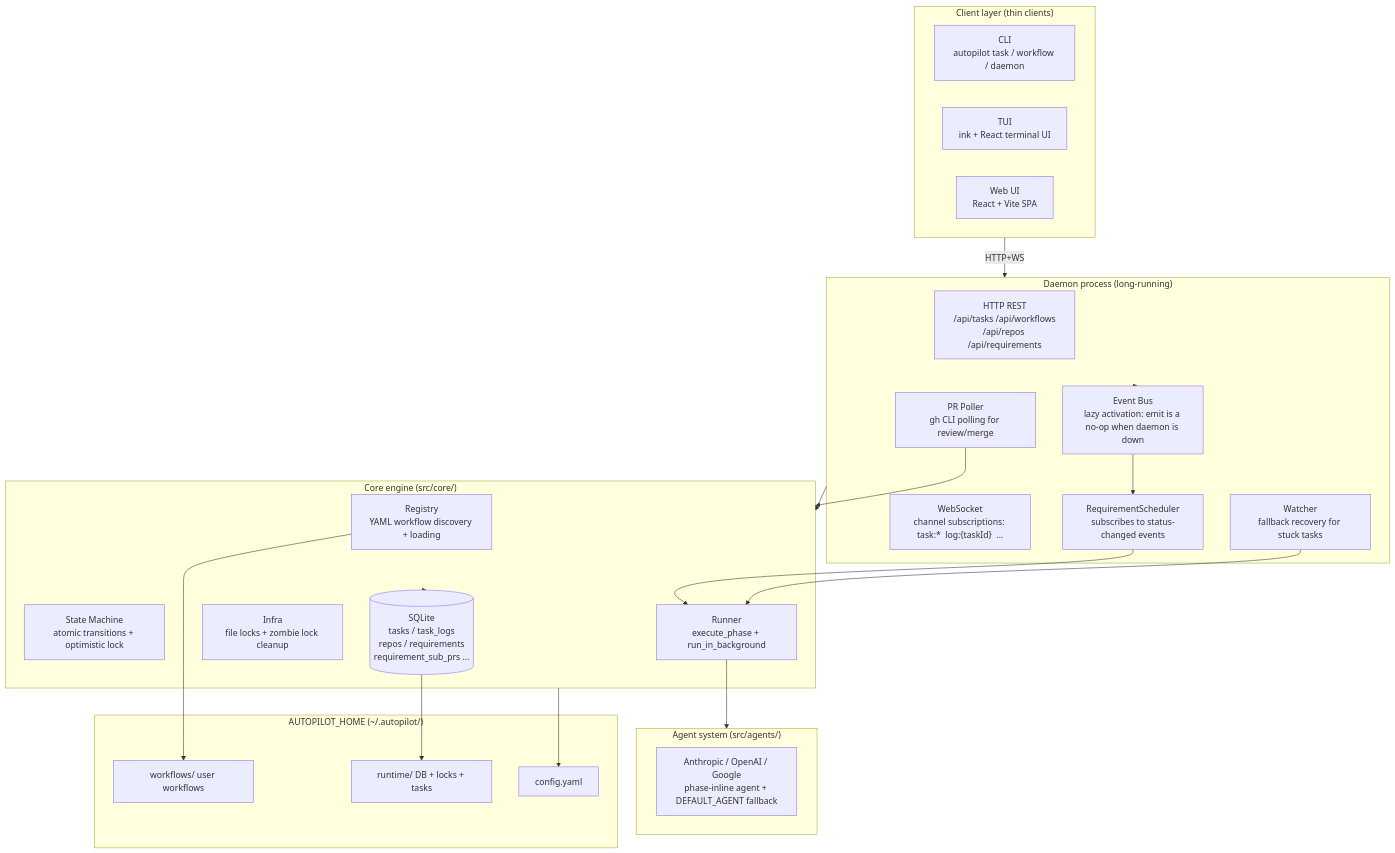
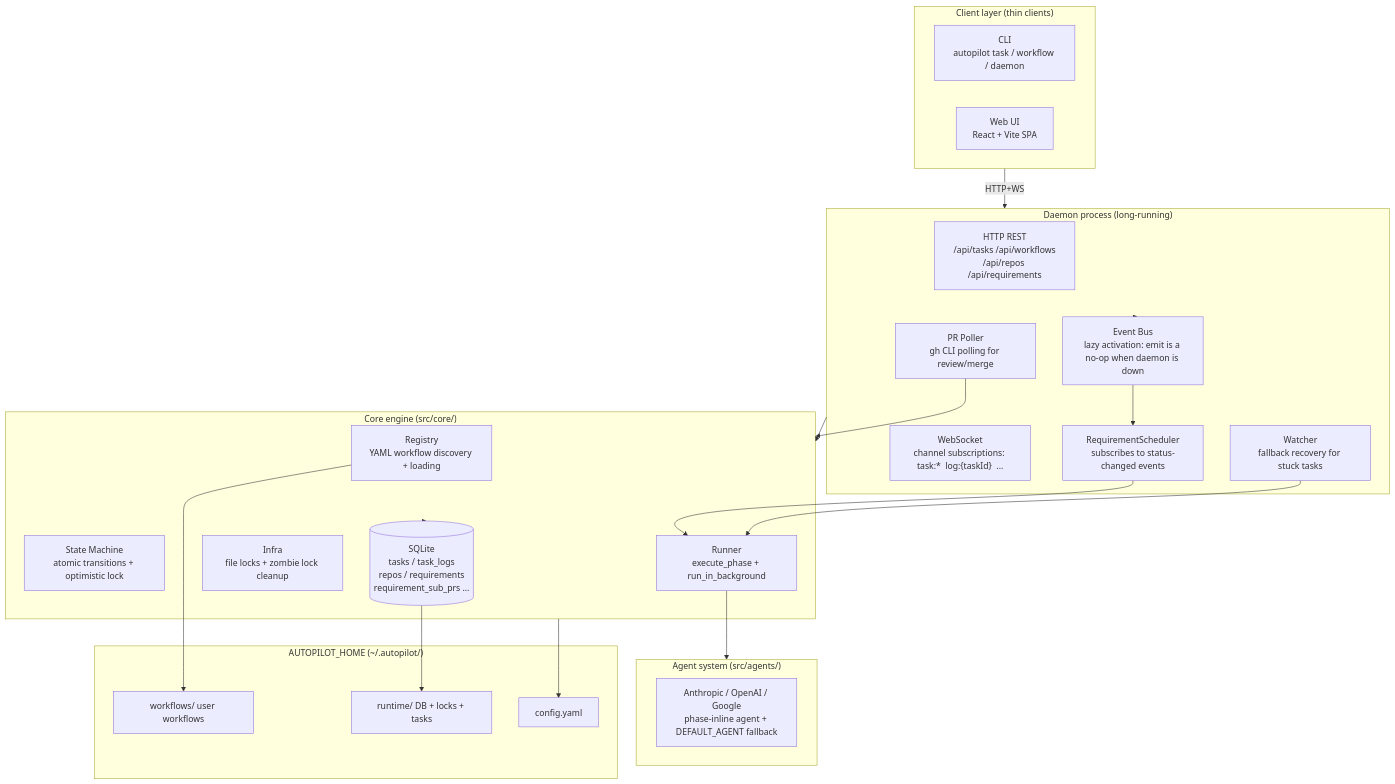
One commit to larrygogo/autopilot changed the first of 2 diagrams in docs/en/architecture.md. Above: the diagram before and after it, drawn with Mermaid. The commit also changed other lines of this file and 24 other files, not shown here.

````diff
--- a/docs/en/architecture.md
+++ b/docs/en/architecture.md
@@ -13,48 +13,47 @@
 ```mermaid
 graph TB
     subgraph Clients["Client layer (thin clients)"]
       CLI["CLI<br/>autopilot task / workflow / daemon"]
-      TUI["TUI<br/>ink + React terminal UI"]
       WEB["Web UI<br/>React + Vite SPA"]
     end
 
     subgraph Daemon["Daemon process (long-running)"]
       HTTP["HTTP REST<br/>/api/tasks /api/workflows<br/>/api/repos /api/requirements"]
       WS["WebSocket<br/>channel subscriptions: task:*  log:{taskId}  ..."]
       EB["Event Bus<br/>lazy activation: emit is a no-op when daemon is down"]
       RS["RequirementScheduler<br/>subscribes to status-changed events"]
       PRP["PR Poller<br/>gh CLI polling for review/merge"]
       WCH["Watcher<br/>fallback recovery for stuck tasks"]
     end
 
     subgraph Core["Core engine (src/core/)"]
       Registry["Registry<br/>YAML workflow discovery + loading"]
       SM["State Machine<br/>atomic transitions + optimistic lock"]
       Runner["Runner<br/>execute_phase + run_in_background"]
       Infra["Infra<br/>file locks + zombie lock cleanup"]
       DB[("SQLite<br/>tasks / task_logs<br/>repos / requirements<br/>requirement_sub_prs ...")]
     end
 
     subgraph Agents["Agent system (src/agents/)"]
       AG["Anthropic / OpenAI / Google<br/>phase-inline agent + DEFAULT_AGENT fallback"]
     end
 
     subgraph Home["AUTOPILOT_HOME (~/.autopilot/)"]
       WF["workflows/ user workflows"]
       RT["runtime/ DB + locks + tasks"]
       CFG["config.yaml"]
     end
 
     Clients -->|HTTP+WS| Daemon
     Daemon --> Core
     Runner --> Agents
     Core --> DB
     Daemon --> EB
     EB --> RS
     RS --> Runner
     PRP --> Core
     WCH --> Runner
     Registry --> WF
     DB --> RT
     Core --> CFG
 ```
````
